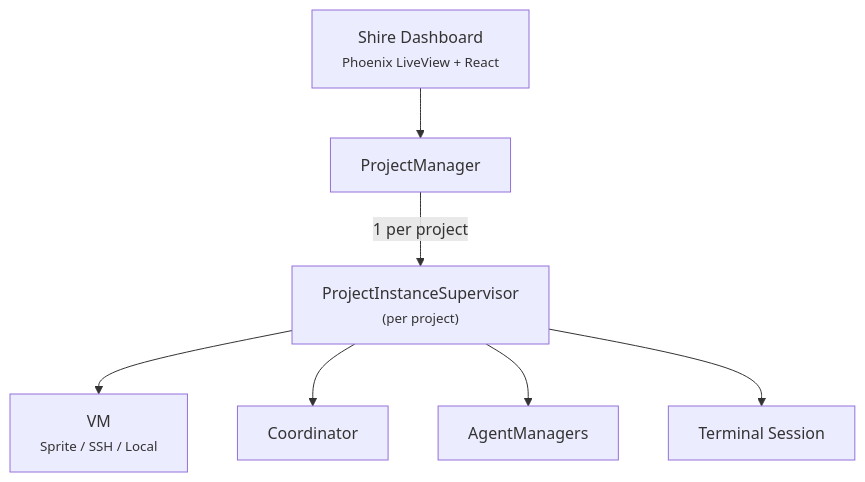
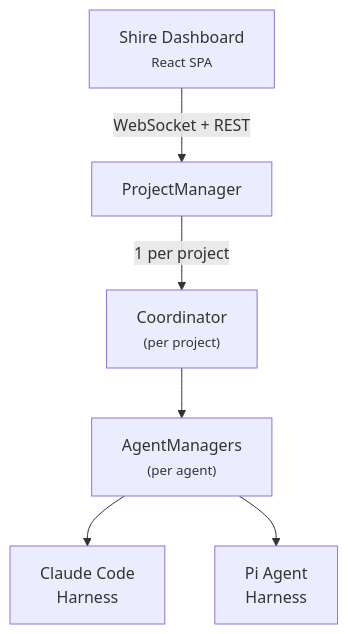
Before and after one commit to victor36max/shire: the diagram in README.md, drawn with Mermaid. The commit also changed other lines of this file and 2 other files, not shown here.

First line of the commit message:
Rewrite README and CLAUDE.md to reflect Bun/Hono/TypeScript stack

````diff
--- a/README.md
+++ b/README.md
@@ -34,17 +32,15 @@
 ```mermaid
 graph TD
-    Dashboard["Shire Dashboard<br/><small>Phoenix LiveView + React</small>"]
+    Dashboard["Shire Dashboard<br/><small>React SPA</small>"]
     PM["ProjectManager"]
-    P["ProjectInstanceSupervisor<br/><small>(per project)</small>"]
-    VM["VM<br/><small>Sprite / SSH / Local</small>"]
-    Coord["Coordinator"]
-    Agents["AgentManagers"]
-    Term["Terminal Session"]
+    Coord["Coordinator<br/><small>(per project)</small>"]
+    AM["AgentManagers<br/><small>(per agent)</small>"]
+    CC["Claude Code<br/>Harness"]
+    Pi["Pi Agent<br/>Harness"]
 
-    Dashboard --> PM
-    PM -->|"1 per project"| P
-    P --> VM
-    P --> Coord
-    P --> Agents
-    P --> Term
+    Dashboard -->|"WebSocket + REST"| PM
+    PM -->|"1 per project"| Coord
+    Coord --> AM
+    AM --> CC
+    AM --> Pi
 ```
````
